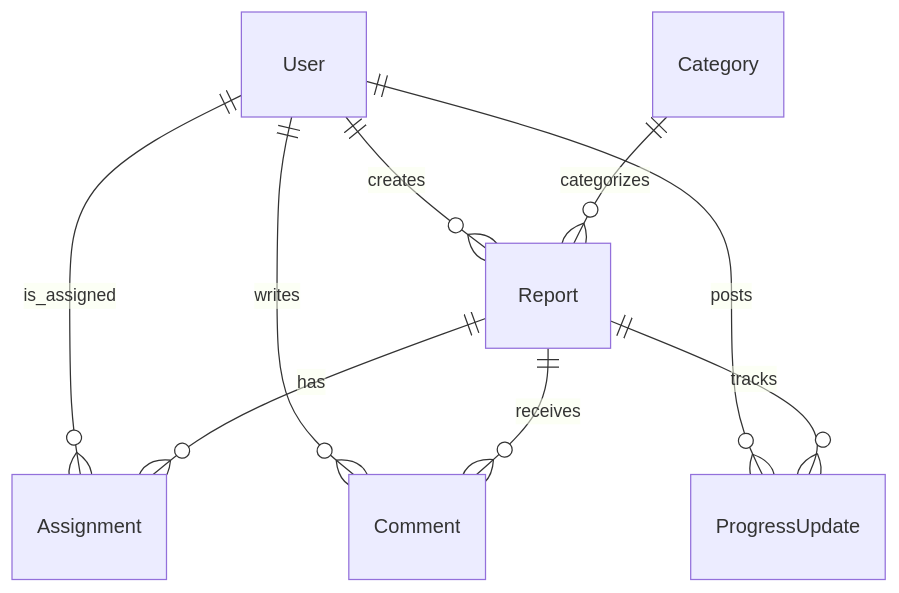
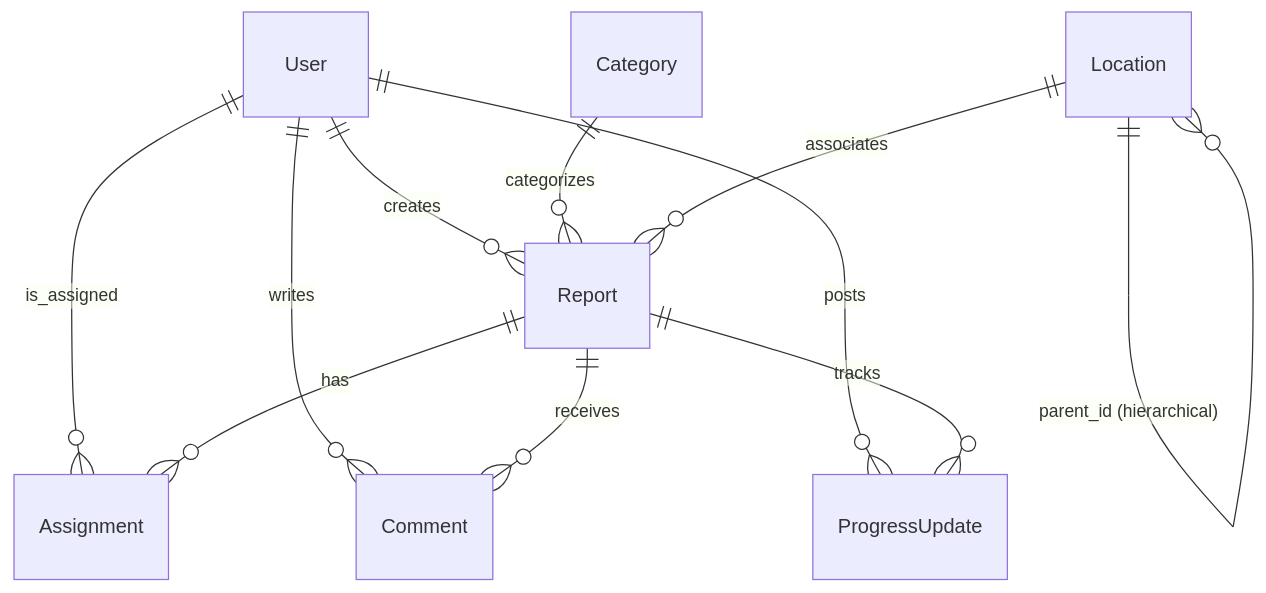
One commit to navjot-kumar-15/FixMyArea changed the second of 2 diagrams in server/README.md. Above: the diagram before and after it, drawn with Mermaid. The commit also changed other lines of this file and 16 other files, not shown here.

````diff
--- a/server/README.md
+++ b/server/README.md
@@ -97,11 +102,13 @@
 ```mermaid
 erDiagram
     User ||--o{ Report : "creates"
     User ||--o{ Assignment : "is_assigned"
     User ||--o{ Comment : "writes"
     User ||--o{ ProgressUpdate : "posts"
     Category ||--o{ Report : "categorizes"
+    Location ||--o{ Location : "parent_id (hierarchical)"
+    Location ||--o{ Report : "associates"
     Report ||--o{ Assignment : "has"
     Report ||--o{ Comment : "receives"
     Report ||--o{ ProgressUpdate : "tracks"
 ```
````
